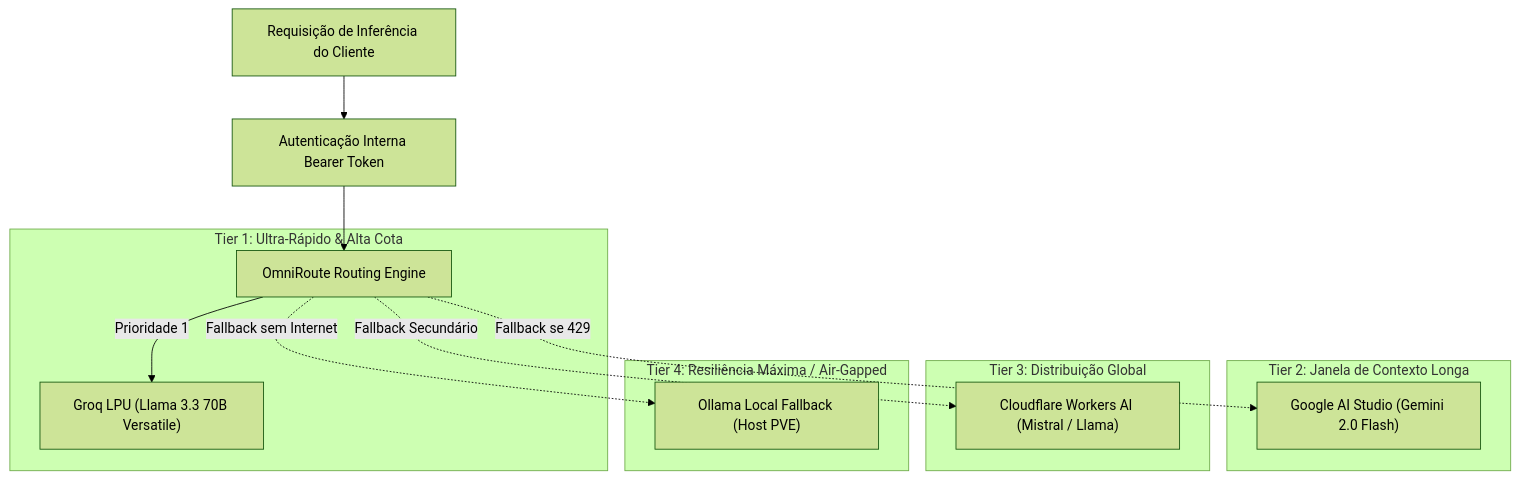
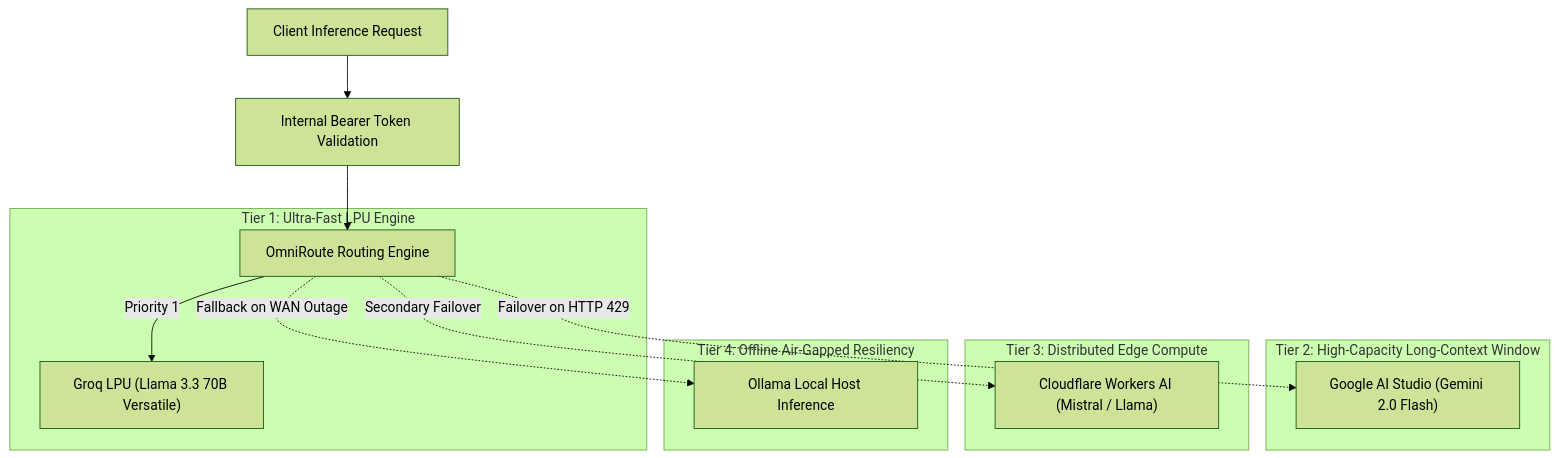
Before and after one commit to Lessa-github/sovereign-ai-workspace: the diagram in docs/multi-provider-gateway.md, drawn with Mermaid (forest theme). The commit also changed other lines of this file and 12 other files, not shown here.

````diff
--- a/docs/multi-provider-gateway.md
+++ b/docs/multi-provider-gateway.md
@@ -11,21 +11,21 @@
 ```mermaid
 flowchart TD
-    Req["Requisição de Inferência do Cliente"] --> Auth["Autenticação Interna Bearer Token"]
+    Req["Client Inference Request"] --> Auth["Internal Bearer Token Validation"]
     Auth --> Router["OmniRoute Routing Engine"]
 
-    subgraph TIER1 ["Tier 1: Ultra-Rápido & Alta Cota"]
-        Router -->|Prioridade 1| Groq["Groq LPU (Llama 3.3 70B Versatile)"]
+    subgraph TIER1 ["Tier 1: Ultra-Fast LPU Engine"]
+        Router -->|Priority 1| Groq["Groq LPU (Llama 3.3 70B Versatile)"]
     end
 
-    subgraph TIER2 ["Tier 2: Janela de Contexto Longa"]
-        Router -.->|Fallback se 429| Google["Google AI Studio (Gemini 2.0 Flash)"]
+    subgraph TIER2 ["Tier 2: High-Capacity Long-Context Window"]
+        Router -.->|Failover on HTTP 429| Google["Google AI Studio (Gemini 2.0 Flash)"]
     end
 
-    subgraph TIER3 ["Tier 3: Distribuição Global"]
-        Router -.->|Fallback Secundário| CF["Cloudflare Workers AI (Mistral / Llama)"]
+    subgraph TIER3 ["Tier 3: Distributed Edge Compute"]
+        Router -.->|Secondary Failover| CF["Cloudflare Workers AI (Mistral / Llama)"]
     end
 
-    subgraph TIER4 ["Tier 4: Resiliência Máxima / Air-Gapped"]
-        Router -.->|Fallback sem Internet| Ollama["Ollama Local Fallback (Host PVE)"]
+    subgraph TIER4 ["Tier 4: Offline Air-Gapped Resiliency"]
+        Router -.->|Fallback on WAN Outage| Ollama["Ollama Local Host Inference"]
     end
 ```
````
